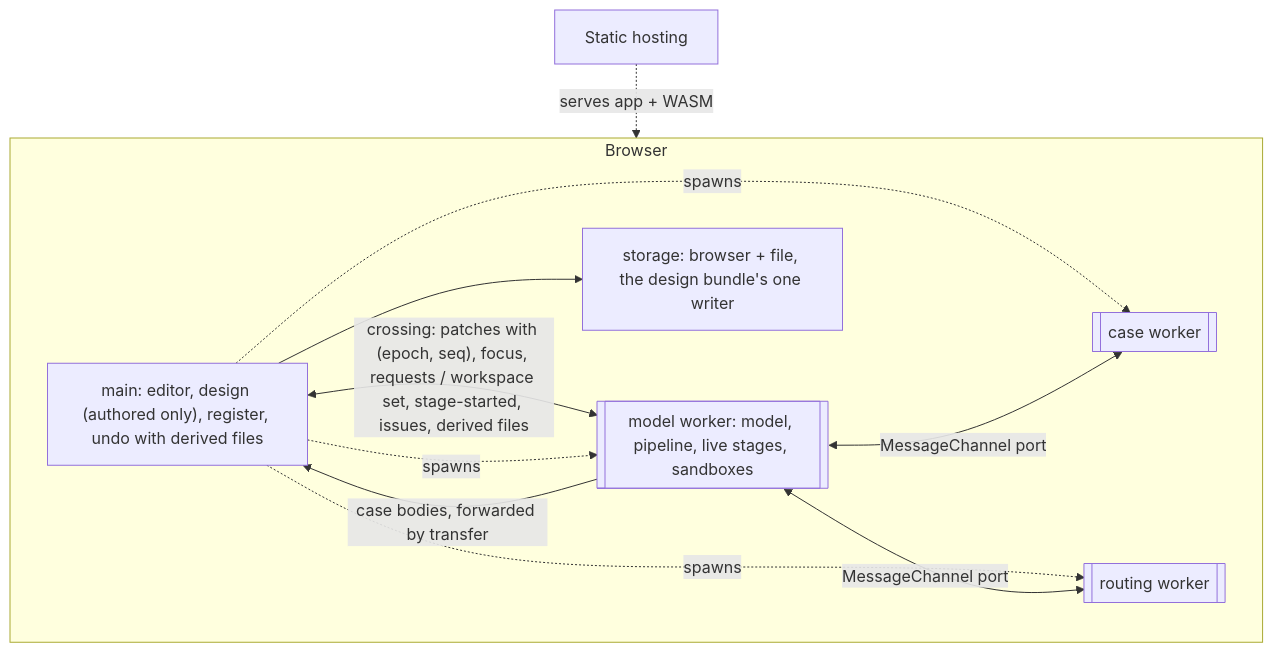
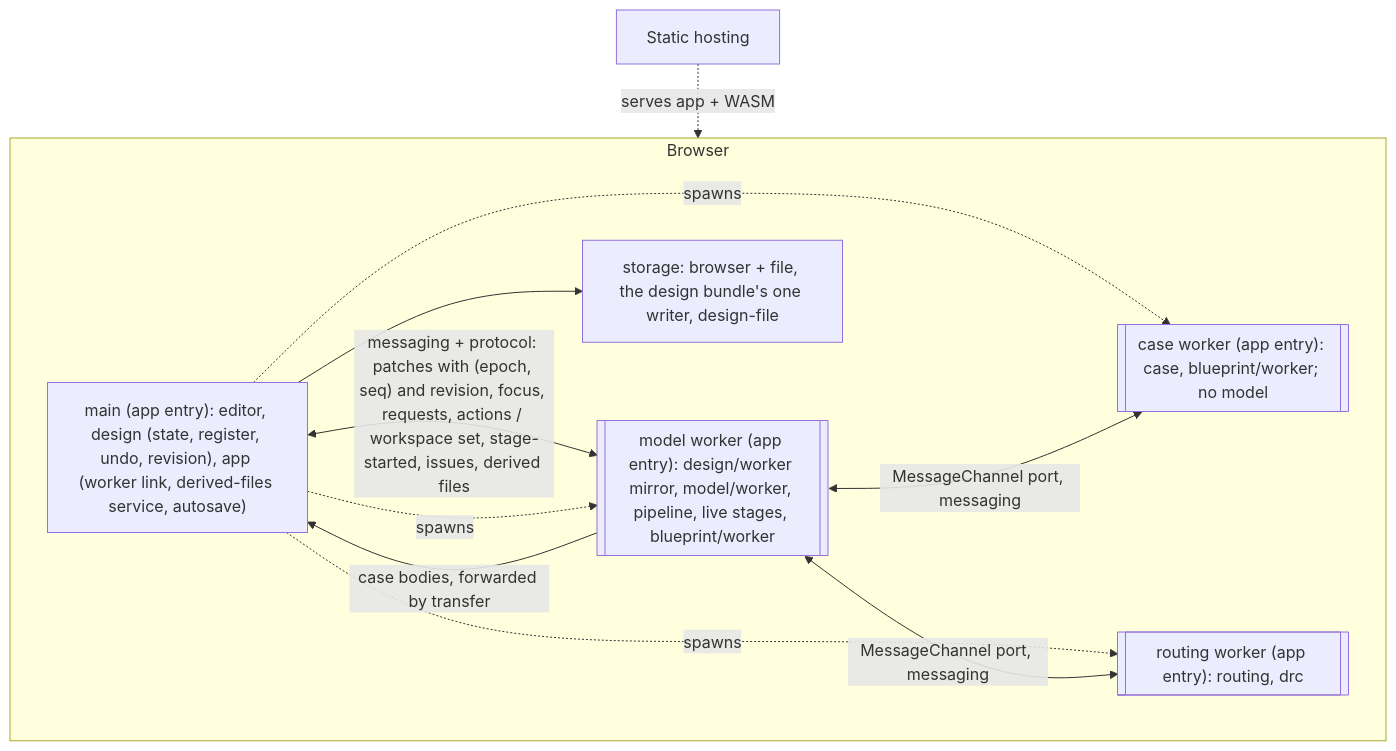
One commit to KeebCAD/keeb-cad changed the fourth of 4 diagrams in _bmad-output/architecture-keeb-cad-layout-model/architecture-keeb-cad-layout-model.md. Above: the diagram before and after it, drawn with Mermaid. The commit also changed other lines of this file and 7 other files, not shown here.

First line of the commit message:
docs: split model into domain, design, schema and kernel packages

````diff
--- a/_bmad-output/architecture-keeb-cad-layout-model/architecture-keeb-cad-layout-model.md
+++ b/_bmad-output/architecture-keeb-cad-layout-model/architecture-keeb-cad-layout-model.md
@@ -966,12 +1036,12 @@
 ```mermaid
 graph TD
   subgraph Browser
-    E["main: editor, design (authored only), register, undo with derived files"] <-->|"crossing: patches with (epoch, seq), focus, requests / workspace set, stage-started, issues, derived files"| MW[["model worker: model, pipeline, live stages, sandboxes"]]
+    E["main (app entry): editor, design (state, register, undo, revision), app (worker link, derived-files service, autosave)"] <-->|"messaging + protocol: patches with (epoch, seq) and revision, focus, requests, actions / workspace set, stage-started, issues, derived files"| MW[["model worker (app entry): design/worker mirror, model/worker, pipeline, live stages, blueprint/worker"]]
     E -.->|spawns| MW & W1 & W2
-    MW <-->|MessageChannel port| W1[[case worker]]
-    MW <-->|MessageChannel port| W2[[routing worker]]
+    MW <-->|MessageChannel port, messaging| W1[["case worker (app entry): case, blueprint/worker; no model"]]
+    MW <-->|MessageChannel port, messaging| W2[["routing worker (app entry): routing, drc"]]
     MW -->|case bodies, forwarded by transfer| E
-    E --> ST["storage: browser + file, the design bundle's one writer"]
+    E --> ST["storage: browser + file, the design bundle's one writer, design-file"]
   end
   H[Static hosting] -.serves app + WASM.-> Browser
 ```
````
